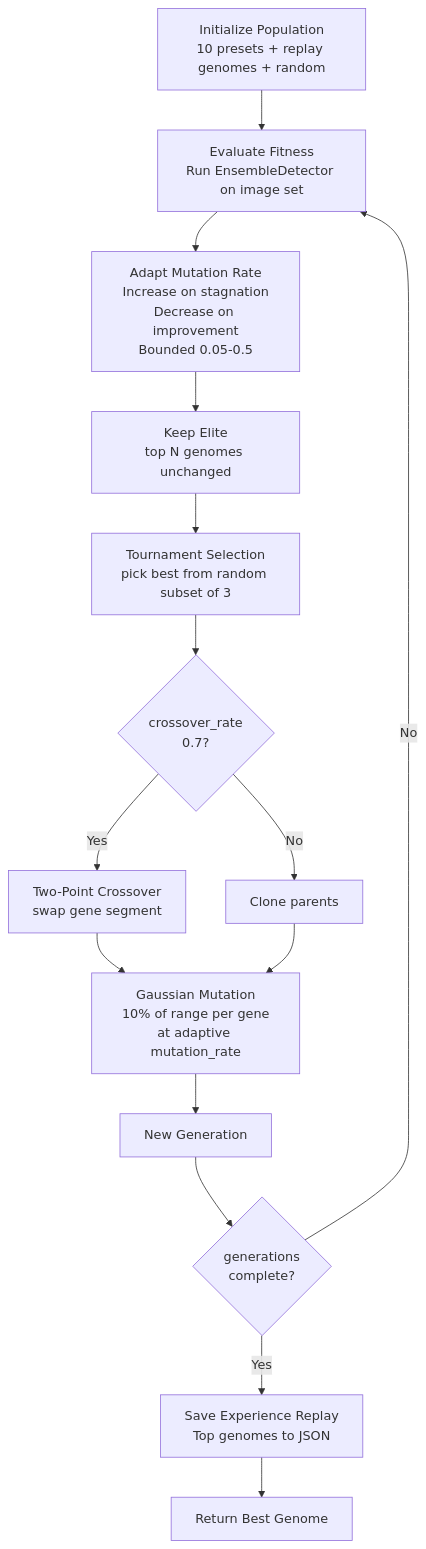
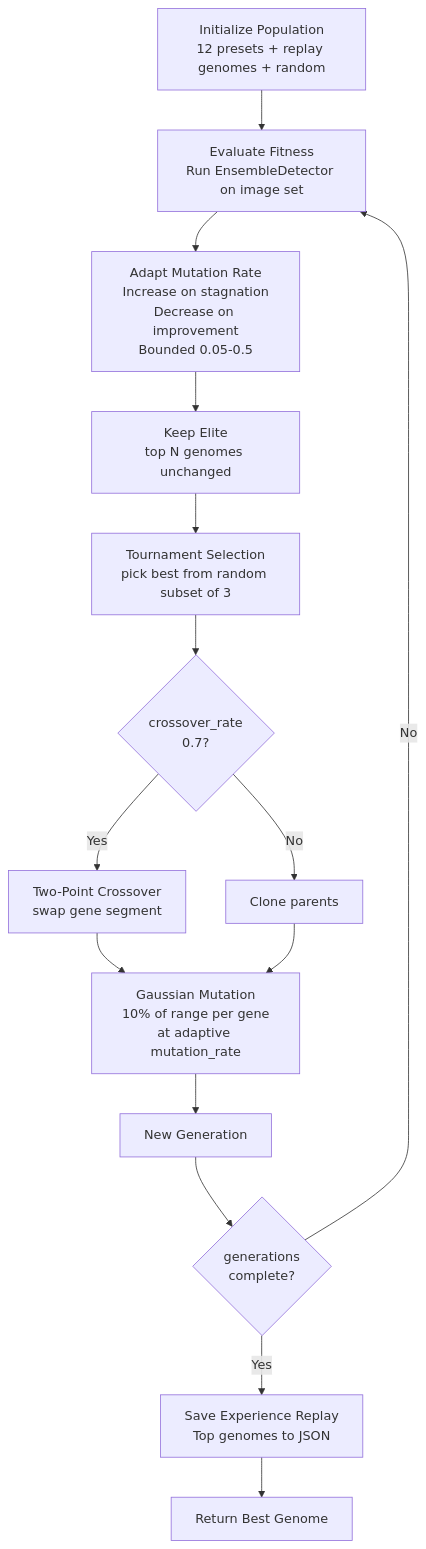
One commit to rondilley/StarPattern_AI changed the ninth of 15 diagrams in docs/ARCHITECTURE.md. Above: the diagram before and after it, drawn with Mermaid. The commit also changed other lines of this file and 151 other files, not shown here.

````diff
--- a/docs/ARCHITECTURE.md
+++ b/docs/ARCHITECTURE.md
@@ -773,17 +777,17 @@
 ```mermaid
 flowchart TD
-    INIT[Initialize Population\n10 presets + replay genomes + random] --> EVAL[Evaluate Fitness\nRun EnsembleDetector on image set]
+    INIT[Initialize Population\n12 presets + replay genomes + random] --> EVAL[Evaluate Fitness\nRun EnsembleDetector on image set]
     EVAL --> ADAPT[Adapt Mutation Rate\nIncrease on stagnation\nDecrease on improvement\nBounded 0.05-0.5]
     ADAPT --> ELITE[Keep Elite\ntop N genomes unchanged]
     ELITE --> SELECT[Tournament Selection\npick best from random subset of 3]
     SELECT --> CROSS{crossover_rate\n0.7?}
     CROSS -- Yes --> XOVER[Two-Point Crossover\nswap gene segment]
     CROSS -- No --> COPY[Clone parents]
     XOVER --> MUTATE[Gaussian Mutation\n10% of range per gene\nat adaptive mutation_rate]
     COPY --> MUTATE
     MUTATE --> NEWGEN[New Generation]
     NEWGEN --> DONE{generations\ncomplete?}
     DONE -- No --> EVAL
     DONE -- Yes --> SAVE[Save Experience Replay\nTop genomes to JSON]
     SAVE --> BEST[Return Best Genome]
 ```
````
